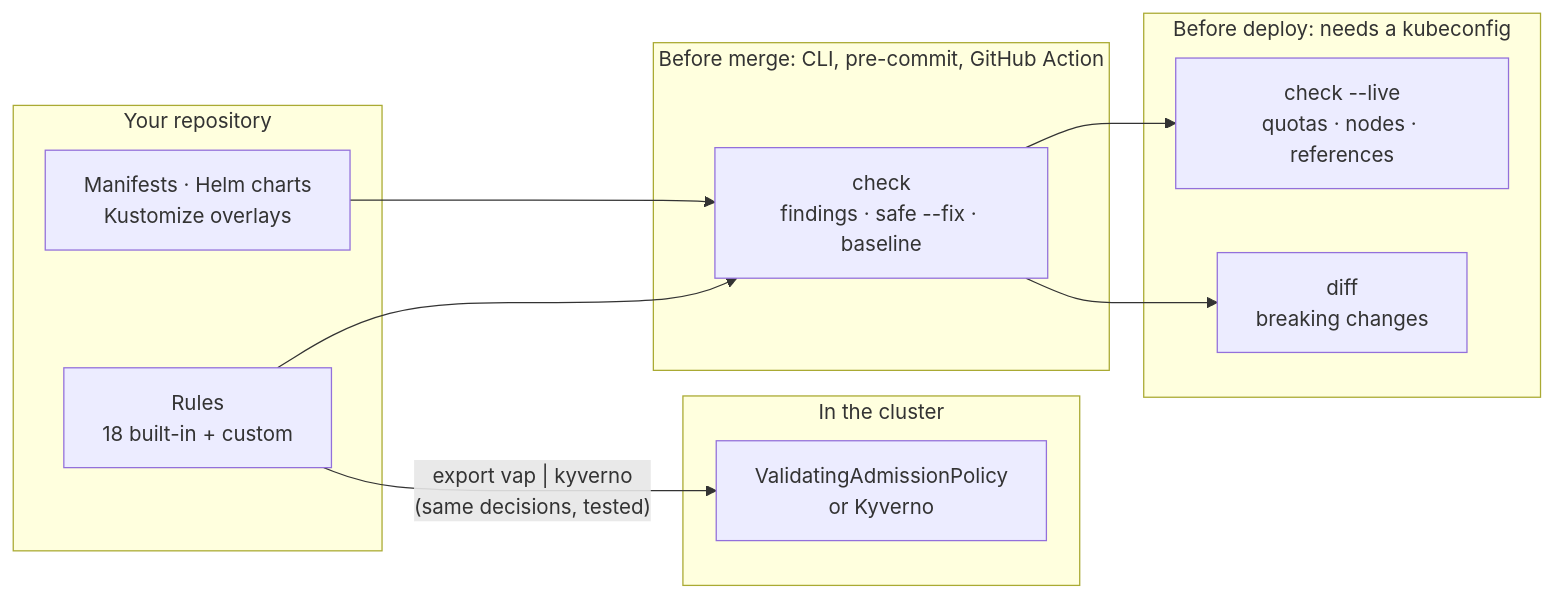
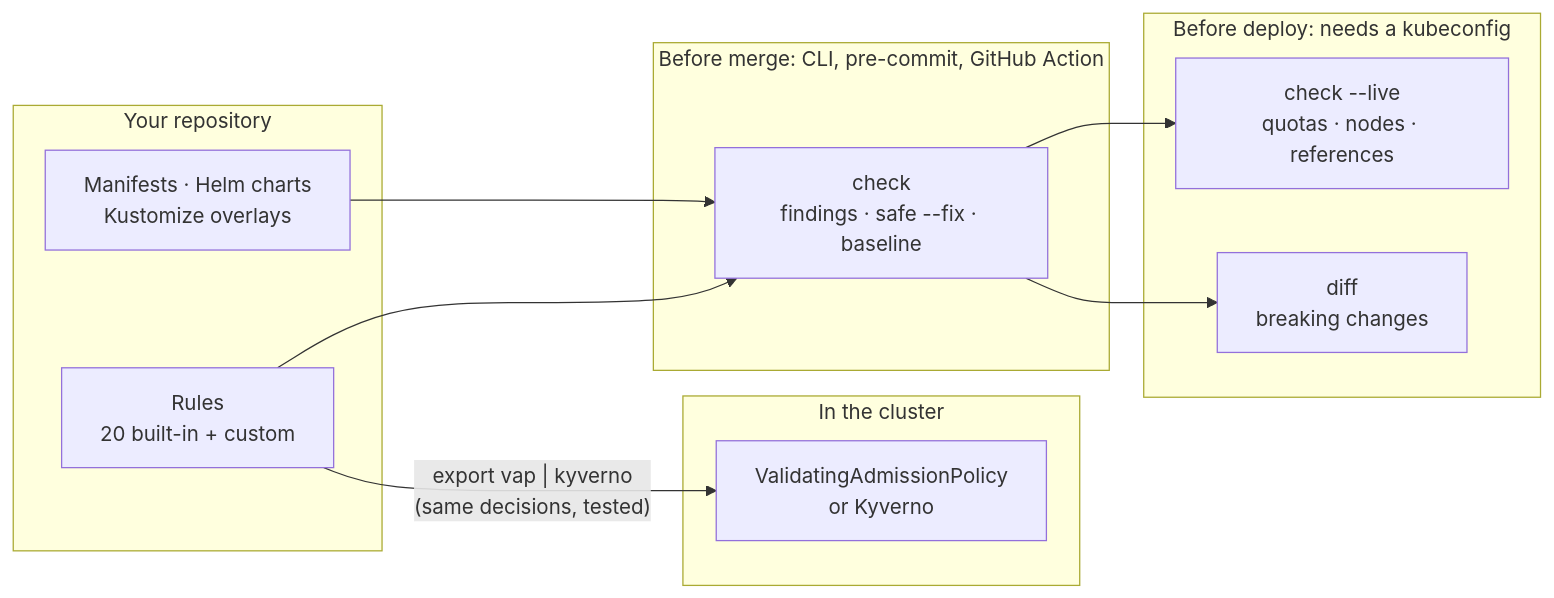
The diagram in README.md (actions-marketplace-validations/andronaft_k8s-guardian), drawn with Mermaid before and after one commit. The commit also changed other lines of this file and 8 other files, not shown here.

````diff
--- a/README.md
+++ b/README.md
@@ -20,22 +20,22 @@
 ```mermaid
 flowchart LR
     subgraph repo["Your repository"]
         M["Manifests · Helm charts<br/>Kustomize overlays"]
-        R["Rules<br/>18 built-in + custom"]
+        R["Rules<br/>20 built-in + custom"]
     end
     subgraph ci["Before merge: CLI, pre-commit, GitHub Action"]
         C["check<br/>findings · safe --fix · baseline"]
     end
     subgraph deploy["Before deploy: needs a kubeconfig"]
         L["check --live<br/>quotas · nodes · references"]
         D["diff<br/>breaking changes"]
     end
     subgraph cluster["In the cluster"]
         A["ValidatingAdmissionPolicy<br/>or Kyverno"]
     end
     M --> C
     R --> C
     C --> L
     C --> D
     R -- "export vap | kyverno<br/>(same decisions, tested)" --> A
 ```
````
